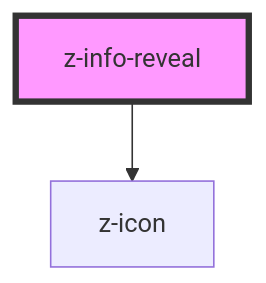
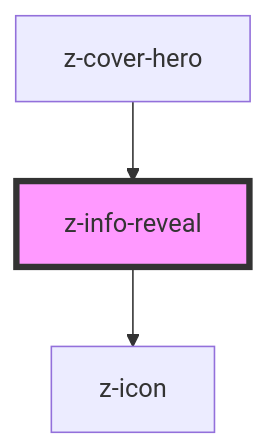
Before and after one commit to ZanichelliEditore/design-system: the diagram in src/components/z-info-reveal/readme.md, drawn with Mermaid. The commit also changed other lines of this file and 5 other files, not shown here.

````diff
--- a/src/components/z-info-reveal/readme.md
+++ b/src/components/z-info-reveal/readme.md
@@ -26,5 +30,6 @@
 ```mermaid
 graph TD;
   z-info-reveal --> z-icon
+  z-cover-hero --> z-info-reveal
   style z-info-reveal fill:#f9f,stroke:#333,stroke-width:4px
 ```
````
